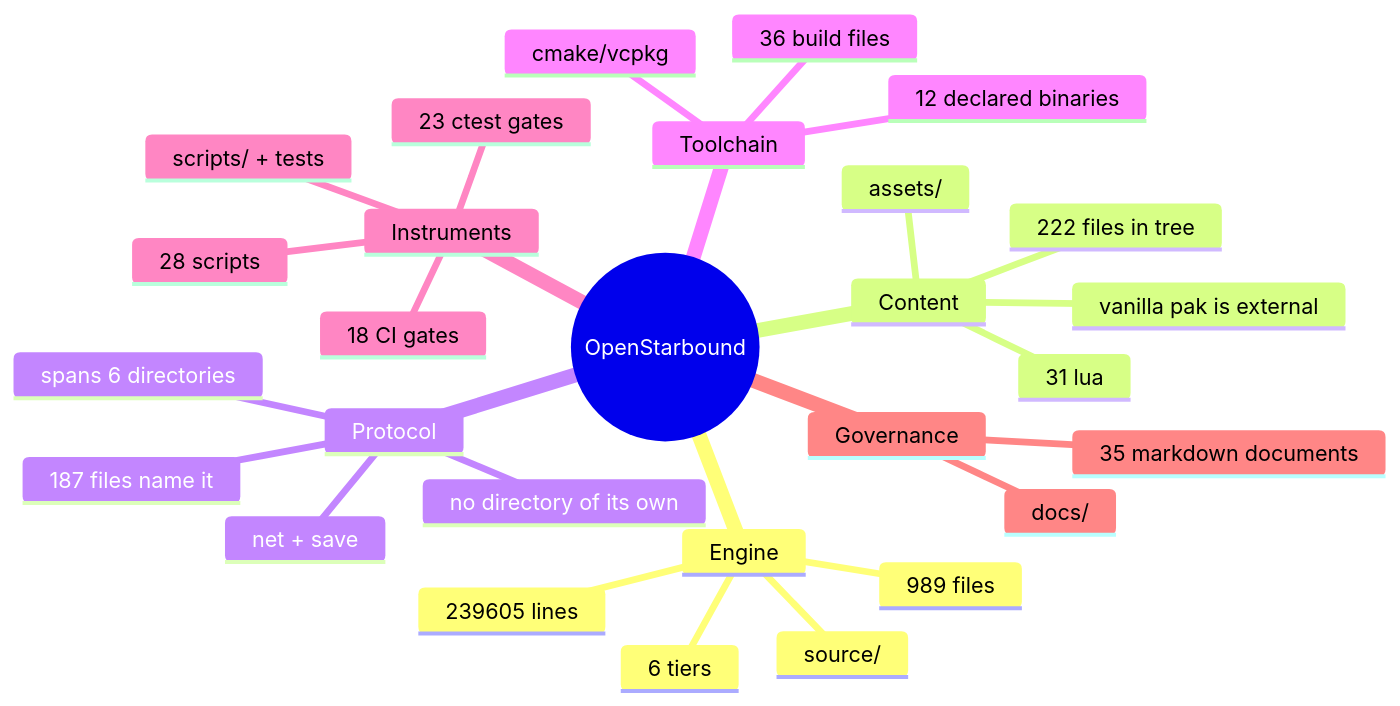
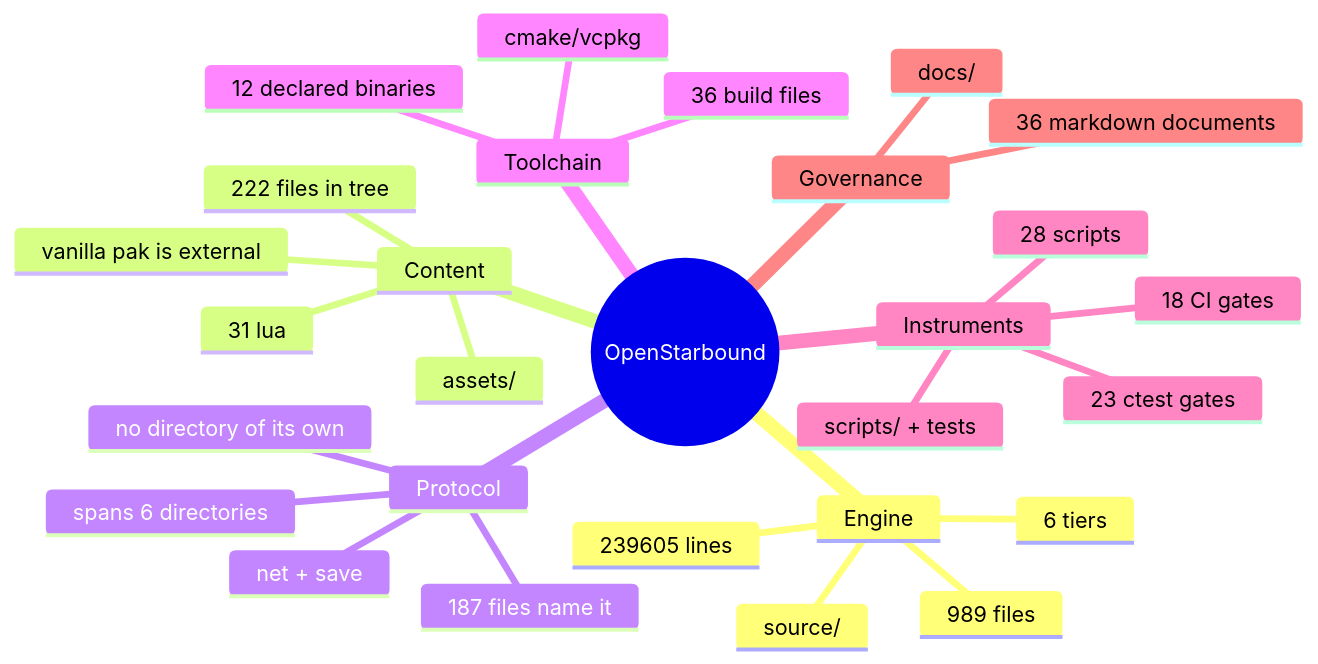
The second of 11 diagrams in docs/architecture/system-boundaries.md (apnex/OpenStarbound), drawn with Mermaid before and after one commit. The commit also changed 4 other files, not shown here.

````diff
--- a/docs/architecture/system-boundaries.md
+++ b/docs/architecture/system-boundaries.md
@@ -166,31 +166,31 @@
 ```mermaid
 mindmap
   root((OpenStarbound))
     Engine
       source/
       989 files
       239605 lines
       6 tiers
     Content
       assets/
       222 files in tree
       31 lua
       vanilla pak is external
     Protocol
       net + save
       187 files name it
       spans 6 directories
       no directory of its own
     Toolchain
       cmake/vcpkg
       36 build files
       12 declared binaries
     Instruments
       scripts/ + tests
       28 scripts
       23 ctest gates
       18 CI gates
     Governance
       docs/
-      35 markdown documents
+      36 markdown documents
 ```
````
